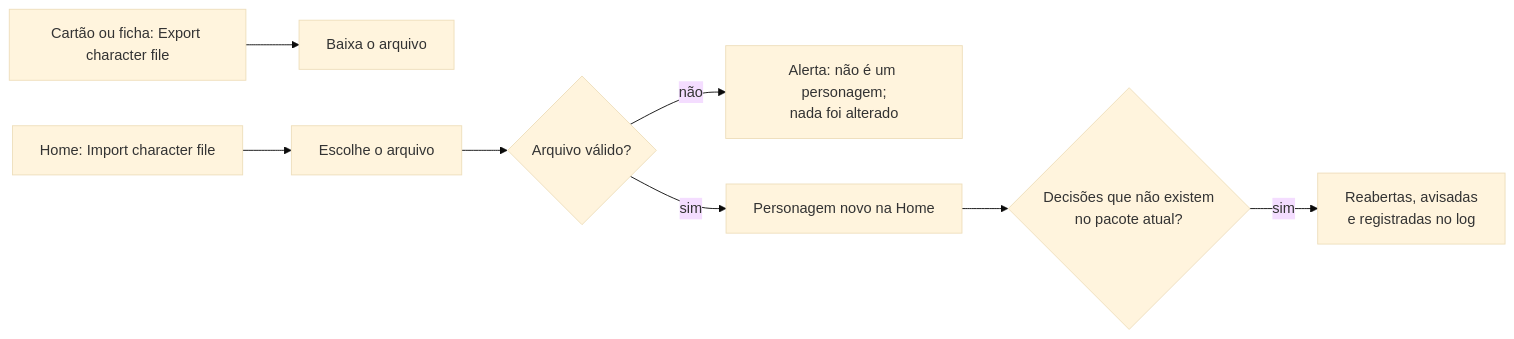
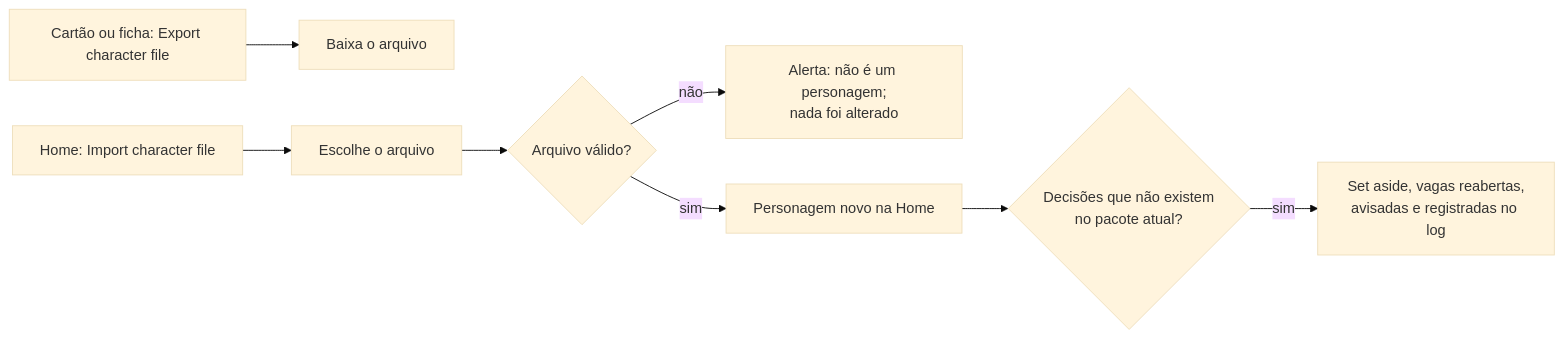
One commit to AntonioVCruz/sotdl-character-generator changed the fifth of 5 diagrams in docs/ux-foundations.md. Above: the diagram before and after it, drawn with Mermaid (base theme). The commit also changed other lines of this file, not shown here.

````diff
--- a/docs/ux-foundations.md
+++ b/docs/ux-foundations.md
@@ -155,10 +157,10 @@
 ```mermaid
 flowchart LR
     menu["Cartão ou ficha: Export character file"] --> file["Baixa o arquivo"]
     home["Home: Import character file"] --> chooseFile["Escolhe o arquivo"]
     chooseFile --> check{"Arquivo válido?"}
     check -->|"não"| reject["Alerta: não é um personagem;<br/>nada foi alterado"]
     check -->|"sim"| created["Personagem novo na Home"]
     created --> stale{"Decisões que não existem<br/>no pacote atual?"}
-    stale -->|"sim"| reopened["Reabertas, avisadas<br/>e registradas no log"]
+    stale -->|"sim"| reopened["Set aside, vagas reabertas,<br/>avisadas e registradas no log"]
 ```
````
